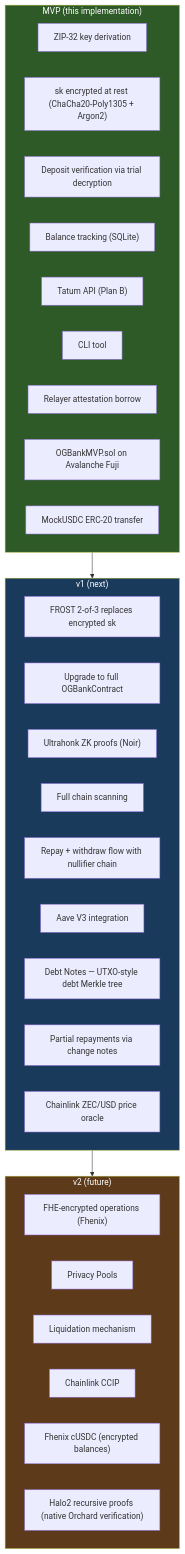
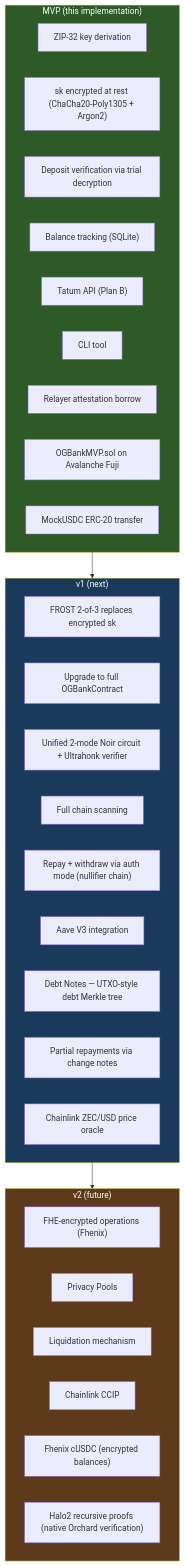
The sixth of 6 diagrams in docs/technical/08_mvp.md (sebastianlujan/zlend), drawn with Mermaid before and after one commit. The commit also changed 2 other files, not shown here.

Commit message:
docs: add repay and withdraw logic analysis

````diff
--- a/docs/technical/08_mvp.md
+++ b/docs/technical/08_mvp.md
@@ -279,41 +279,41 @@
 ```mermaid
 graph TB
     subgraph MVP ["MVP (this implementation)"]
         M1["ZIP-32 key derivation"]
         M2["sk encrypted at rest (ChaCha20-Poly1305 + Argon2)"]
         M3["Deposit verification via trial decryption"]
         M4["Balance tracking (SQLite)"]
         M5["Tatum API (Plan B)"]
         M6["CLI tool"]
         M7["Relayer attestation borrow"]
         M8["OGBankMVP.sol on Avalanche Fuji"]
         M9["MockUSDC ERC-20 transfer"]
     end
 
     subgraph V1 ["v1 (next)"]
         V1A["FROST 2-of-3 replaces encrypted sk"]
         V1B["Upgrade to full OGBankContract"]
-        V1C["Ultrahonk ZK proofs (Noir)"]
+        V1C["Unified 2-mode Noir circuit + Ultrahonk verifier"]
         V1D["Full chain scanning"]
-        V1E["Repay + withdraw flow with nullifier chain"]
+        V1E["Repay + withdraw via auth mode (nullifier chain)"]
         V1F["Aave V3 integration"]
         V1G["Debt Notes — UTXO-style debt Merkle tree"]
         V1H["Partial repayments via change notes"]
         V1I["Chainlink ZEC/USD price oracle"]
     end
 
     subgraph V2 ["v2 (future)"]
         V2A["FHE-encrypted operations (Fhenix)"]
         V2B["Privacy Pools"]
         V2C["Liquidation mechanism"]
         V2D["Chainlink CCIP"]
         V2E["Fhenix cUSDC (encrypted balances)"]
         V2F["Halo2 recursive proofs (native Orchard verification)"]
     end
 
     MVP --> V1 --> V2
 
     style MVP fill:#2d5a27,color:#fff
     style V1 fill:#1a3a5c,color:#fff
     style V2 fill:#5c3a1a,color:#fff
 ```
````
